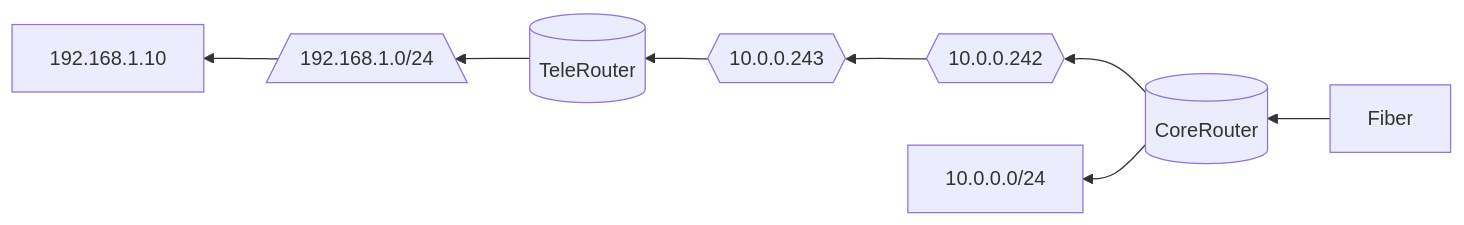
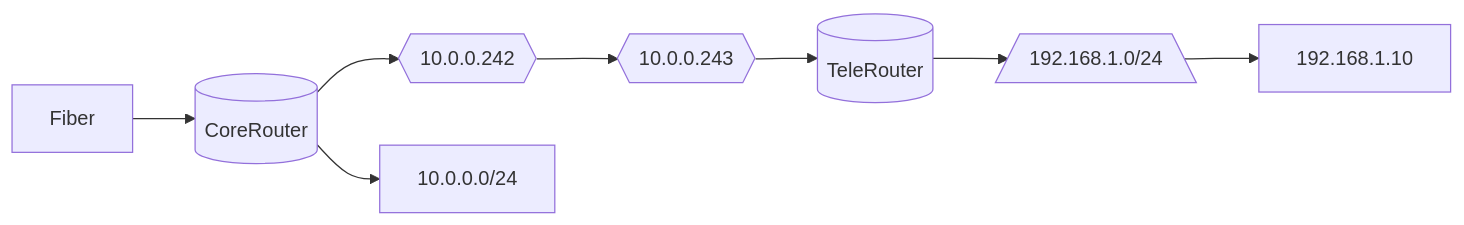
Before and after one commit to notkasim/DOCS: the second of 2 diagrams in Topology.md, drawn with Mermaid.

````diff
--- a/Topology.md
+++ b/Topology.md
@@ -19,21 +19,21 @@
 ```mermaid
-graph RL;
+graph LR;
     core[(CoreRouter)]
     tele2[(TeleRouter)]
     core_link{{10.0.0.242}}
     tele2_link{{10.0.0.243}}
     tele2_net[/192.168.1.0/24\]
 
     Fiber-->core;
     core-->10.0.0.0/24;
     core-->core_link;
     core_link-->tele2_link;
     tele2_link-->tele2;
     tele2-->tele2_net-->192.168.1.10;
 
 
 
 
 
 
 ```
````
